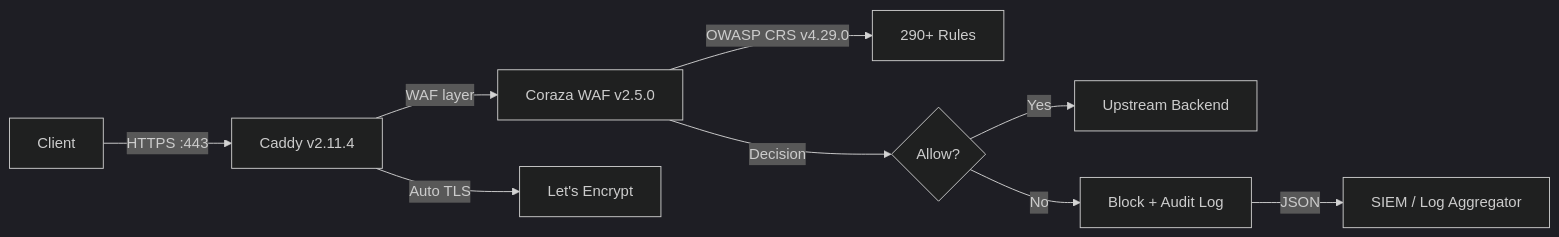
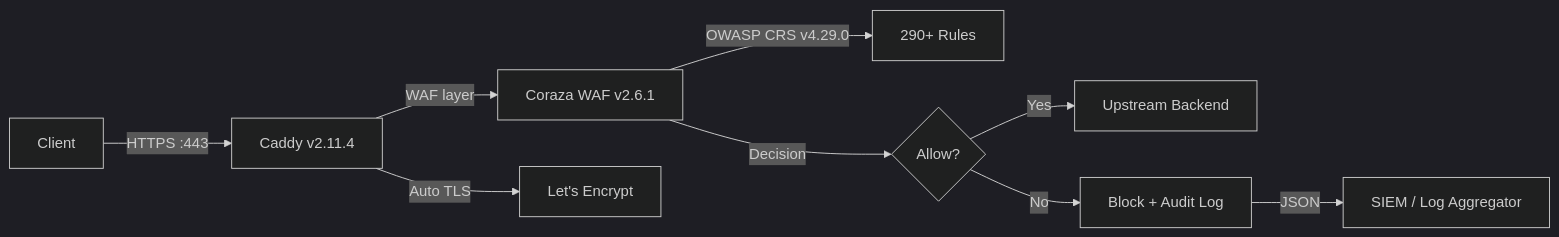
One commit to Developmi/caddy-waf changed the diagram in README.md. Above: the diagram before and after it, drawn with Mermaid (dark theme). The commit also changed other lines of this file and 11 other files, not shown here.

Commit message:
chore(release): v3.5.3 — upgrade coraza-caddy to v2.6.1 and resolve grpc CVEs

````diff
--- a/README.md
+++ b/README.md
@@ -154,11 +154,11 @@
 ```mermaid
 flowchart LR
     Client[Client] -->|HTTPS :443| Caddy[Caddy v2.11.4]
-    Caddy -->|WAF layer| Coraza[Coraza WAF v2.5.0]
+    Caddy -->|WAF layer| Coraza[Coraza WAF v2.6.1]
     Coraza -->|OWASP CRS v4.29.0| Rules[290+ Rules]
     Coraza -->|Decision| Action{Allow?}
     Action -->|Yes| Backend[Upstream Backend]
     Action -->|No| Block[Block + Audit Log]
     Block -->|JSON| SIEM[SIEM / Log Aggregator]
     Caddy -->|Auto TLS| LE[Let's Encrypt]
 ```
````
